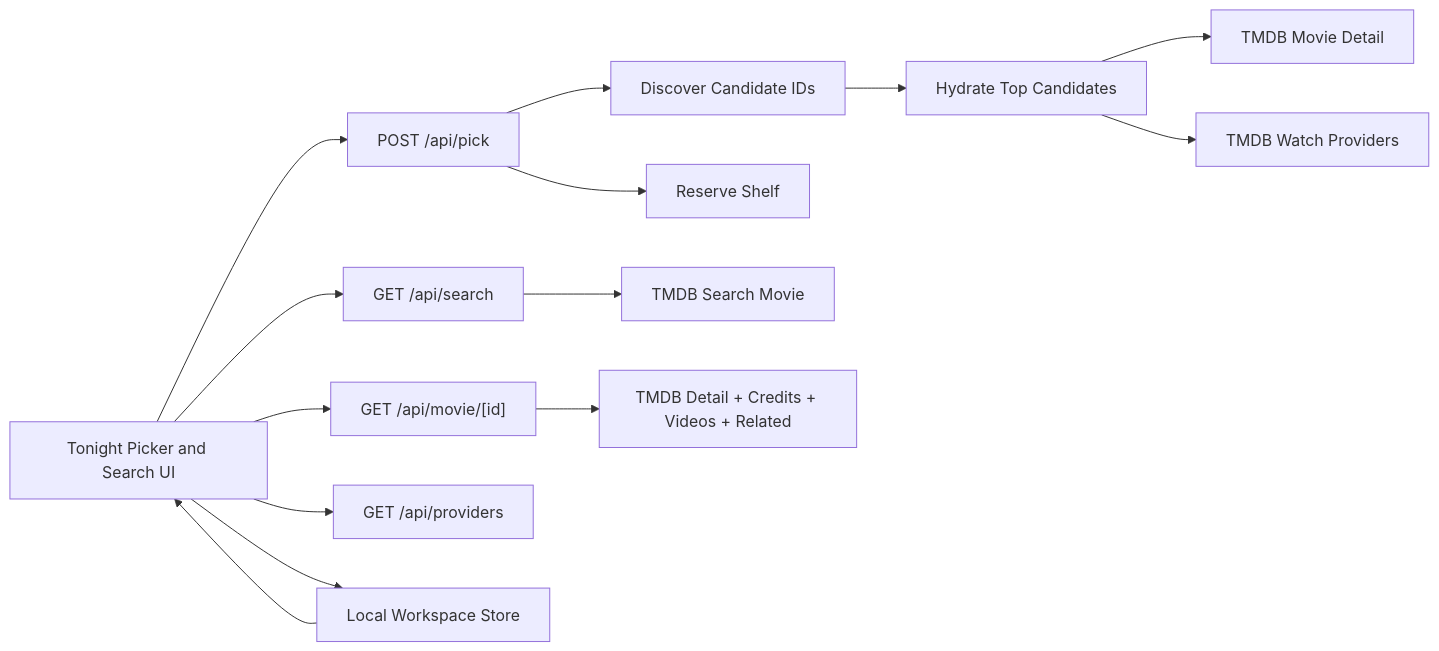
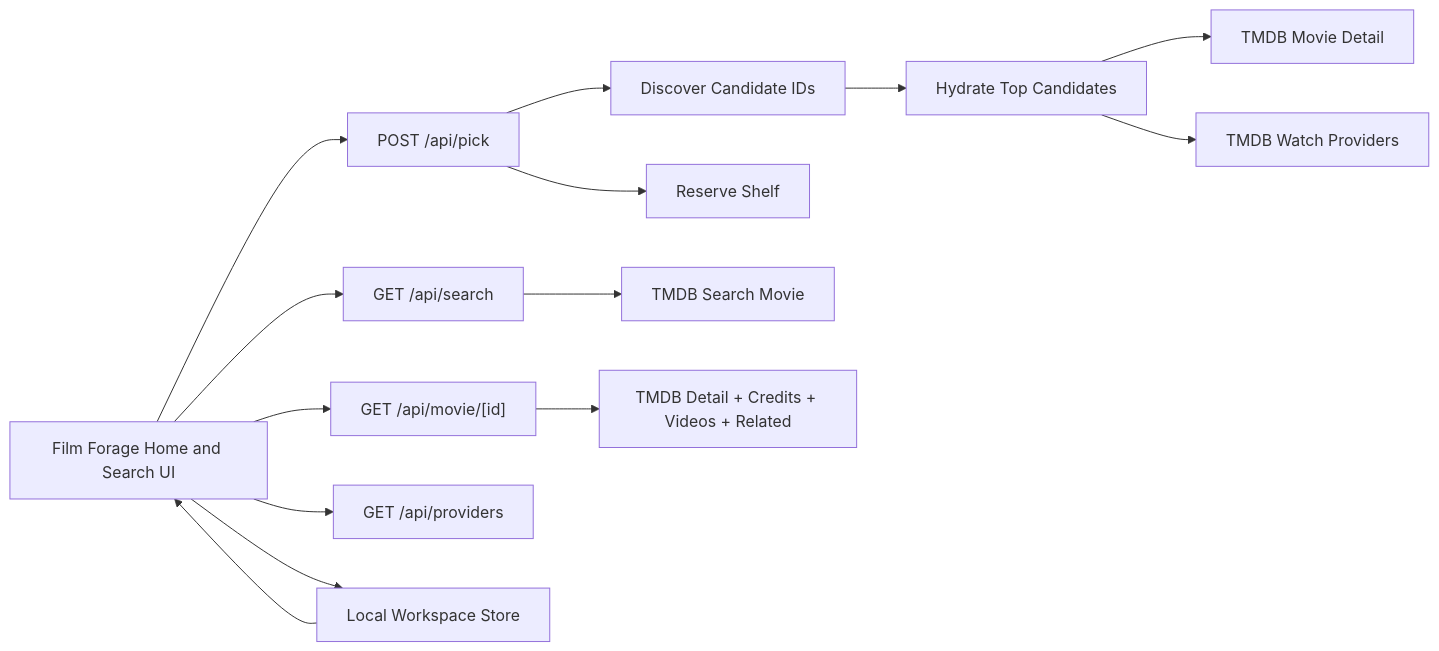
One commit to AibSyed/film-forage changed the diagram in docs/architecture.md. Above: the diagram before and after it, drawn with Mermaid. The commit also changed 33 other files, not shown here.

Commit message:
refine film forage product UX (#34)

````diff
--- a/docs/architecture.md
+++ b/docs/architecture.md
@@ -10,16 +10,16 @@
 ```mermaid
 flowchart LR
-  UI["Tonight Picker and Search UI"] --> PICK["POST /api/pick"]
+  UI["Film Forage Home and Search UI"] --> PICK["POST /api/pick"]
   UI --> SEARCH["GET /api/search"]
   UI --> MOVIE["GET /api/movie/[id]"]
   UI --> PROVIDERS["GET /api/providers"]
   PICK --> DISC["Discover Candidate IDs"]
   DISC --> HYDRATE["Hydrate Top Candidates"]
   HYDRATE --> TMDB1["TMDB Movie Detail"]
   HYDRATE --> TMDB2["TMDB Watch Providers"]
   SEARCH --> TMDB3["TMDB Search Movie"]
   MOVIE --> TMDB4["TMDB Detail + Credits + Videos + Related"]
   PICK --> RES["Reserve Shelf"]
   UI --> WS["Local Workspace Store"]
   WS --> UI
 ```
````
